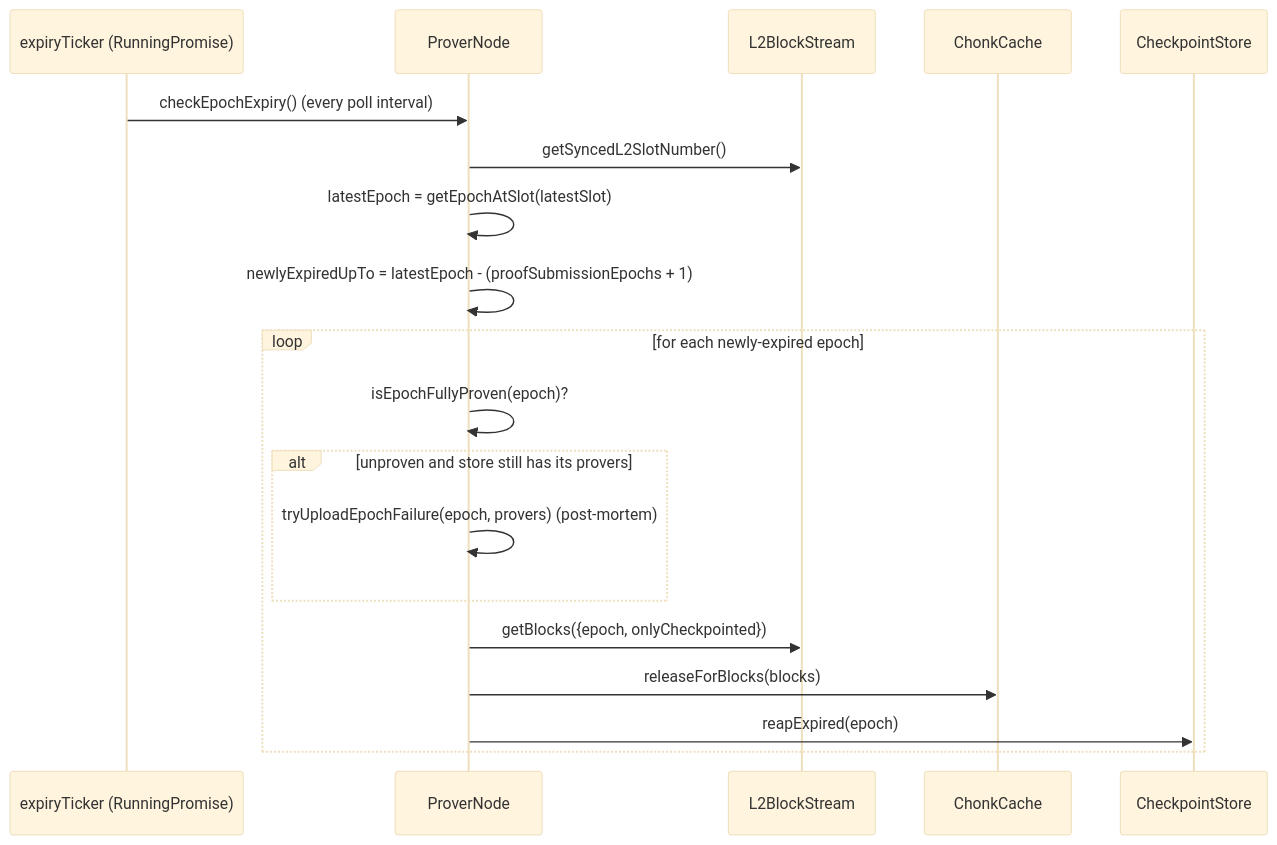
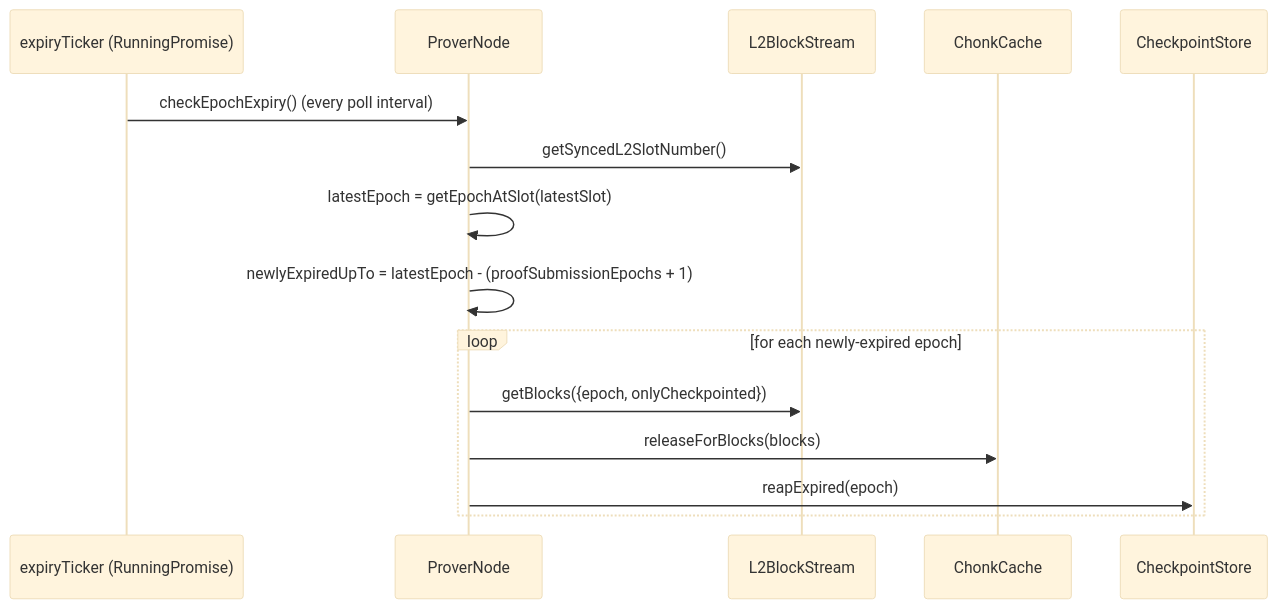
The seventh of 7 diagrams in yarn-project/prover-node/README.md (AztecProtocol/aztec-packages), drawn with Mermaid (base theme) before and after one commit. The commit also changed other lines of this file and 7 other files, not shown here.

First line of the commit message:
fix(prover-node): distinguish session-own failure from prover fault; upload eagerly, not at expiry

````diff
--- a/yarn-project/prover-node/README.md
+++ b/yarn-project/prover-node/README.md
@@ -342,22 +347,18 @@
 ```mermaid
 sequenceDiagram
   participant T as expiryTicker (RunningPromise)
   participant PN as ProverNode
   participant L2 as L2BlockStream
   participant CC as ChonkCache
   participant CS as CheckpointStore
 
   T->>PN: checkEpochExpiry() (every poll interval)
   PN->>L2: getSyncedL2SlotNumber()
   PN->>PN: latestEpoch = getEpochAtSlot(latestSlot)
   PN->>PN: newlyExpiredUpTo = latestEpoch - (proofSubmissionEpochs + 1)
   loop for each newly-expired epoch
-    PN->>PN: isEpochFullyProven(epoch)?
-    alt unproven and store still has its provers
-      PN->>PN: tryUploadEpochFailure(epoch, provers) (post-mortem)
-    end
     PN->>L2: getBlocks({epoch, onlyCheckpointed})
     PN->>CC: releaseForBlocks(blocks)
     PN->>CS: reapExpired(epoch)
   end
 ```
````
